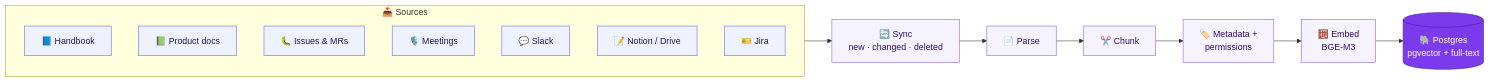
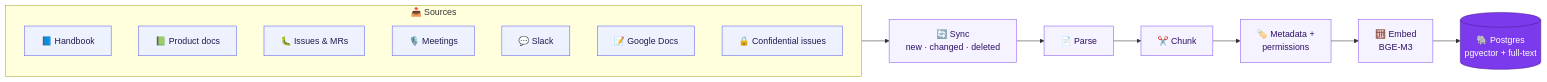
Before and after one commit to shreyamhetre/BrainBase: the first of 2 diagrams in README.md, drawn with Mermaid. The commit also changed other lines of this file and 9 other files, not shown here.

````diff
--- a/README.md
+++ b/README.md
@@ -55,27 +55,27 @@
 ```mermaid
 flowchart LR
     subgraph SRC["📥 Sources"]
         direction TB
         H["📘 Handbook"]
         D["📗 Product docs"]
         I["🐛 Issues & MRs"]
         M["🎙️ Meetings"]
         SL["💬 Slack"]
-        N["📝 Notion / Drive"]
-        J["🎫 Jira"]
+        N["📝 Google Docs"]
+        J["🔒 Confidential issues"]
     end
 
     SRC --> SY["🔄 Sync<br/>new · changed · deleted"]
     SY --> P["📄 Parse"]
     P --> C["✂️ Chunk"]
     C --> MD["🏷️ Metadata +<br/>permissions"]
     MD --> E["🧮 Embed<br/>BGE-M3"]
     E --> DB[("🐘 Postgres<br/>pgvector + full-text")]
 
     classDef src fill:#eef2ff,stroke:#6366f1,color:#1e1b4b
     classDef step fill:#f5f3ff,stroke:#8b5cf6,color:#2e1065
     classDef store fill:#7c3aed,stroke:#4c1d95,color:#ffffff
     class H,D,I,M,SL,N,J src
     class SY,P,C,MD,E step
     class DB store
 ```
````
